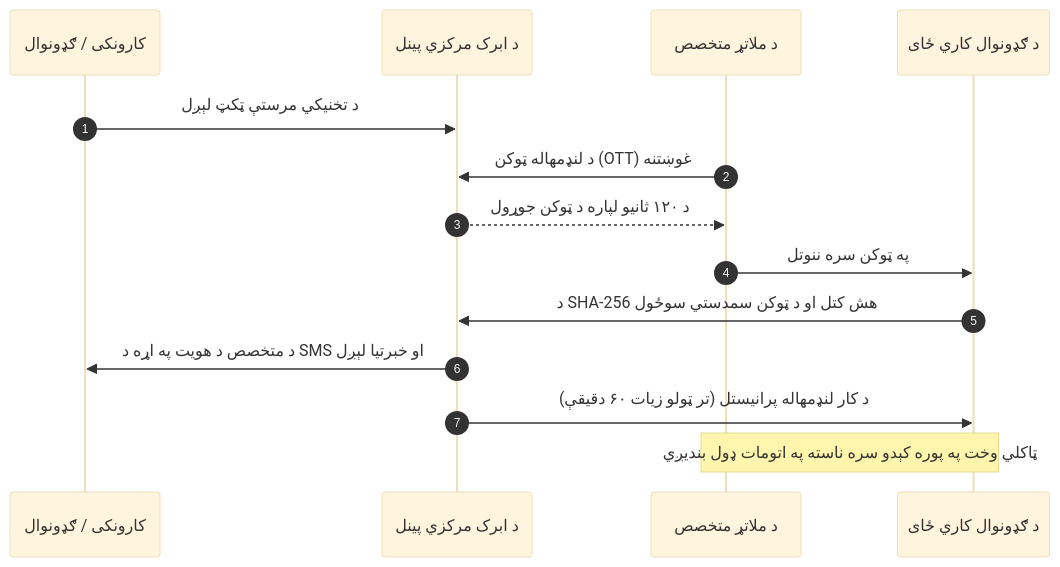
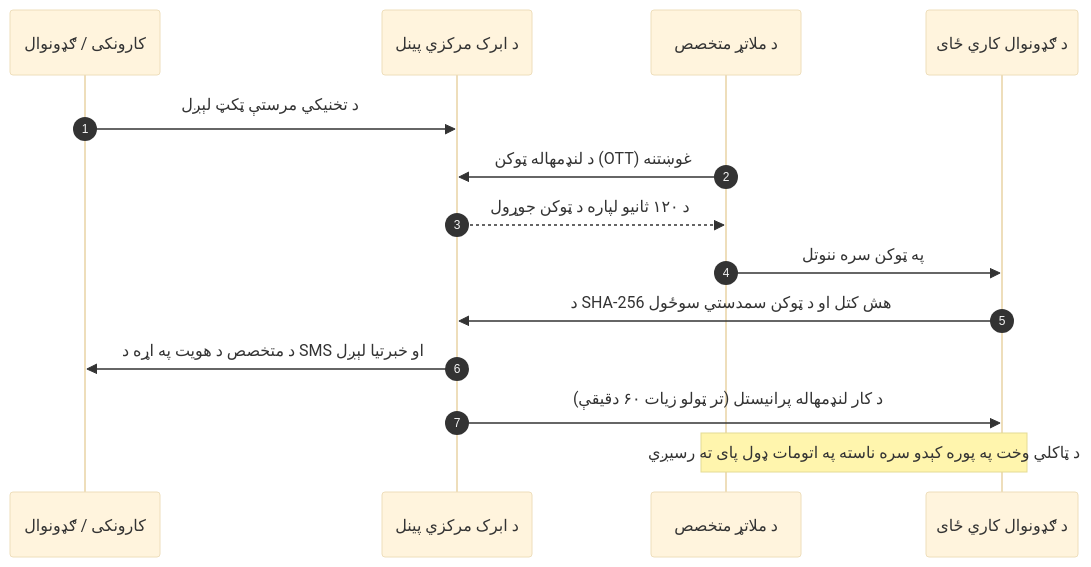
One commit to abrakorg/abrak-docs changed the diagram in ps/support-access.md. Above: the diagram before and after it, drawn with Mermaid (base theme). The commit also changed other lines of this file and 4 other files, not shown here.

````diff
--- a/ps/support-access.md
+++ b/ps/support-access.md
@@ -27,17 +27,17 @@
 ```mermaid
 sequenceDiagram
     autonumber
     participant Customer as کارونکی / ګډونوال
     participant Hub as د ابرک مرکزي پینل
     participant Staff as د ملاتړ متخصص
     participant Tenant as د ګډونوال کاري ځای
 
     Customer->>Hub: د تخنیکي مرستې ټکټ لېږل
     Staff->>Hub: د لنډمهاله ټوکن (OTT) غوښتنه
     Hub-->>Staff: د ۱۲۰ ثانیو لپاره د ټوکن جوړول
     Staff->>Tenant: په ټوکن سره ننوتل
     Tenant->>Hub: د SHA-256 هش کتل او د ټوکن سمدستي سوځول
     Hub->>Customer: د متخصص د هویت په اړه د SMS او خبرتیا لېږل
     Hub->>Tenant: د کار لنډمهاله پرانیستل (تر ټولو زیات ۶۰ دقیقې)
-    Note over Staff,Tenant: ټاکلي وخت په پوره کېدو سره ناسته په اتومات ډول بندیږي
+    Note over Staff,Tenant: د ټاکلي وخت په پوره کېدو سره ناسته په اتومات ډول پای ته رسیږي
 ```
````
